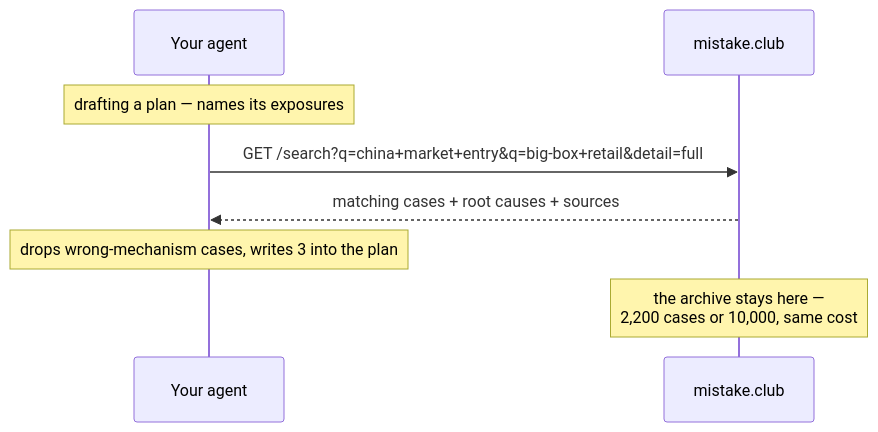
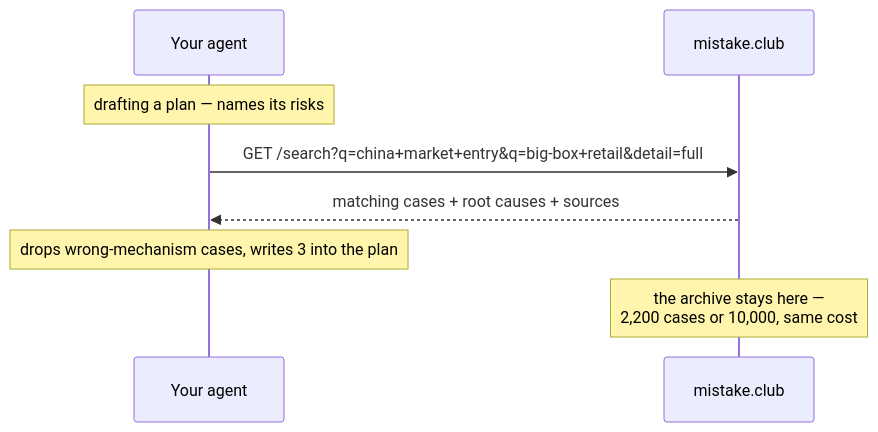
Before and after one commit to liangliao1209/mistake-club-skill: the diagram in README.md, drawn with Mermaid. The commit also changed other lines of this file and 2 other files, not shown here.

First line of the commit message:
skill: risks, not exposures — and the reader never sees the machinery

````diff
--- a/README.md
+++ b/README.md
@@ -116,10 +116,10 @@
 ```mermaid
 sequenceDiagram
     participant A as Your agent
     participant M as mistake.club
-    Note over A: drafting a plan — names its exposures
+    Note over A: drafting a plan — names its risks
     A->>M: GET /search?q=china+market+entry&q=big-box+retail&detail=full
     M-->>A: matching cases + root causes + sources
     Note over A: drops wrong-mechanism cases, writes 3 into the plan
     Note over M: the archive stays here —<br/>2,200 cases or 10,000, same cost
 ```
````
